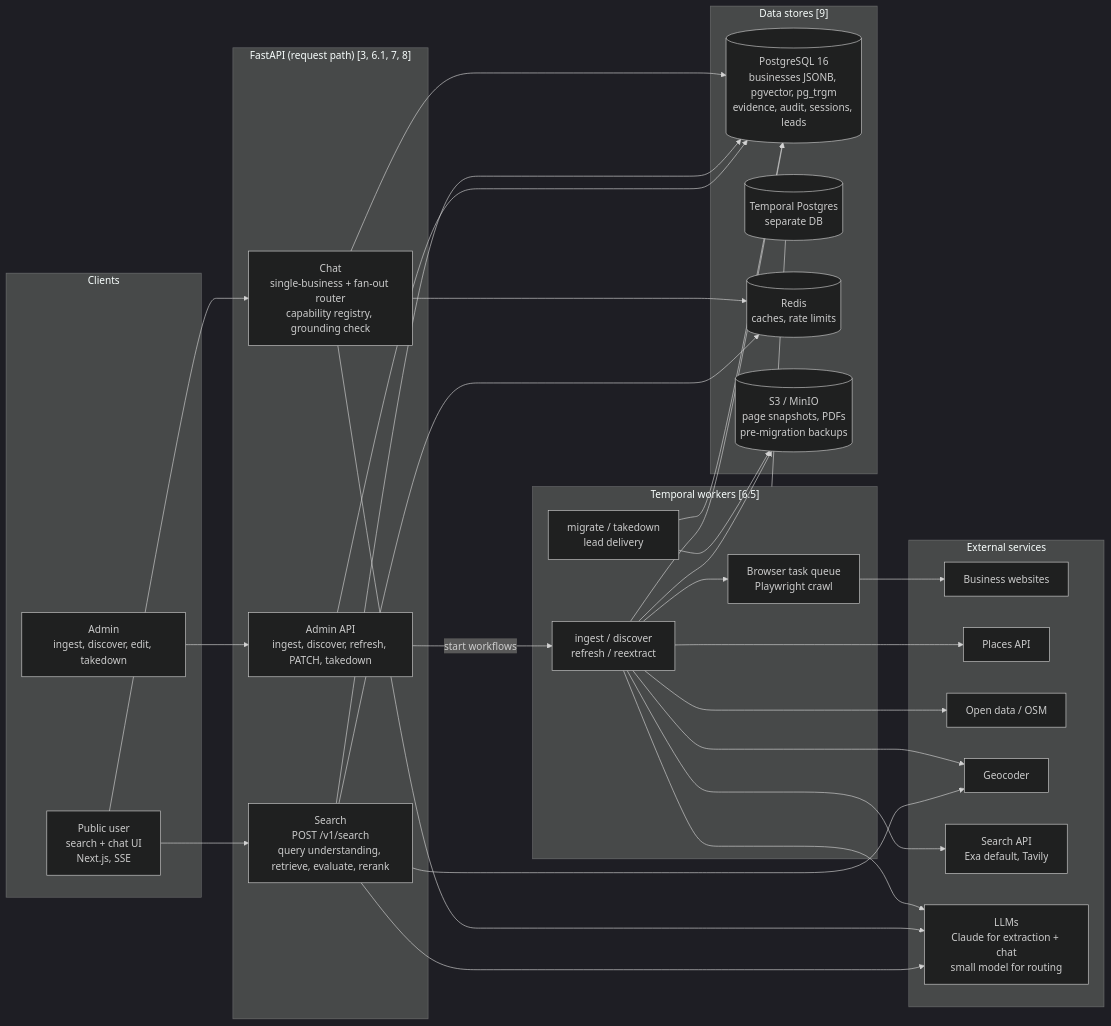
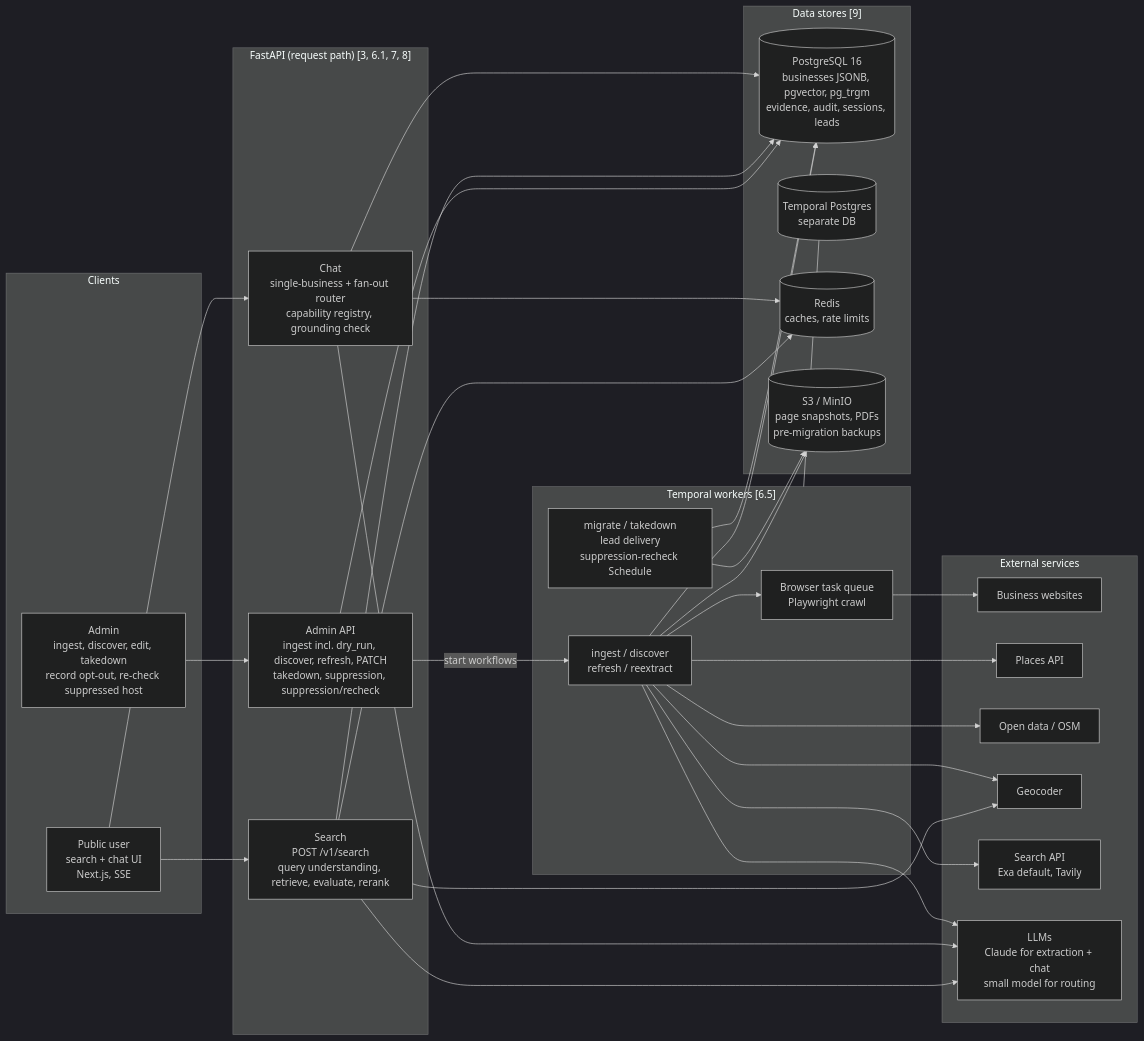
One commit to hp94087/akira changed the first of 6 diagrams in ARCHITECTURE.md. Above: the diagram before and after it, drawn with Mermaid (dark theme). The commit also changed other lines of this file and 1 other file, not shown here.

First line of the commit message:
Update ARCHITECTURE.md to match SPEC.md; remove stale ARCHITECTURE.pdf

````diff
--- a/ARCHITECTURE.md
+++ b/ARCHITECTURE.md
@@ -7,60 +7,60 @@
 ```mermaid
 flowchart LR
   subgraph Clients
     U[Public user<br/>search + chat UI<br/>Next.js, SSE]
-    A[Admin<br/>ingest, discover, edit, takedown]
+    A[Admin<br/>ingest, discover, edit, takedown<br/>record opt-out, re-check suppressed host]
   end
 
   subgraph API["FastAPI (request path) [3, 6.1, 7, 8]"]
     S[Search<br/>POST /v1/search<br/>query understanding, retrieve, evaluate, rerank]
     C[Chat<br/>single-business + fan-out router<br/>capability registry, grounding check]
-    AD[Admin API<br/>ingest, discover, refresh, PATCH, takedown]
+    AD[Admin API<br/>ingest incl. dry_run, discover, refresh, PATCH<br/>takedown, suppression, suppression/recheck]
   end
 
   subgraph TEMPORAL["Temporal workers [6.5]"]
     W1[ingest / discover<br/>refresh / reextract]
-    W2[migrate / takedown<br/>lead delivery]
+    W2[migrate / takedown<br/>lead delivery<br/>suppression-recheck Schedule]
     BQ[Browser task queue<br/>Playwright crawl]
   end
 
   subgraph STORES["Data stores [9]"]
     PG[(PostgreSQL 16<br/>businesses JSONB, pgvector, pg_trgm<br/>evidence, audit, sessions, leads)]
     TPG[(Temporal Postgres<br/>separate DB)]
     R[(Redis<br/>caches, rate limits)]
     OBJ[(S3 / MinIO<br/>page snapshots, PDFs<br/>pre-migration backups)]
   end
 
   subgraph EXT[External services]
     SITE[Business websites]
     PL[Places API]
     OD[Open data / OSM]
     GEO[Geocoder]
     SRCH[Search API<br/>Exa default, Tavily]
     LLM[LLMs<br/>Claude for extraction + chat<br/>small model for routing]
   end
 
   U --> S
   U --> C
   A --> AD
   AD -->|start workflows| W1
   AD --> PG
   S --> PG
   S --> R
   S --> LLM
   S --> GEO
   C --> PG
   C --> R
   C --> LLM
   W1 --> BQ
   BQ --> SITE
   W1 --> PL
   W1 --> OD
   W1 --> GEO
   W1 --> SRCH
   W1 --> LLM
   W1 --> PG
   W1 --> OBJ
   W2 --> PG
   W2 --> OBJ
   TEMPORAL --- TPG
 ```
````
